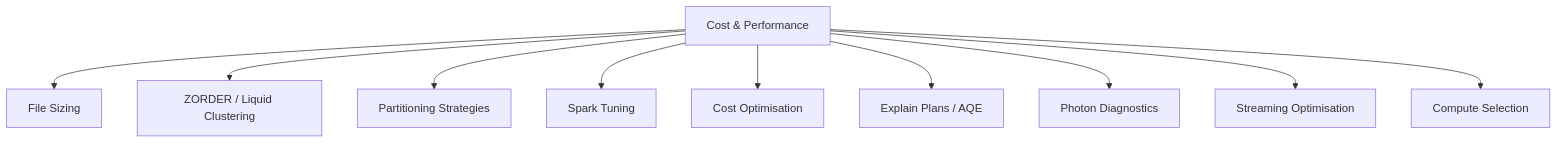
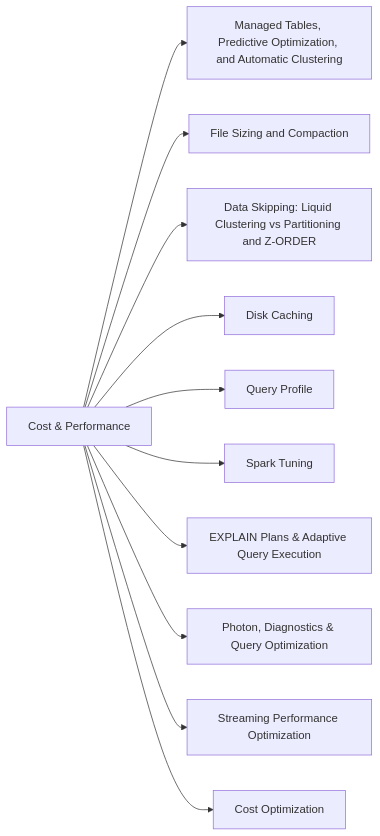
One commit to kengio/databricks-certification-study-guide changed the diagram in certifications/data-engineer-professional/05-cost-and-performance-optimization/README.md. Above: the diagram before and after it, drawn with Mermaid. The commit also changed other lines of this file and 108 other files, not shown here.

````diff
--- a/certifications/data-engineer-professional/05-cost-and-performance-optimization/README.md
+++ b/certifications/data-engineer-professional/05-cost-and-performance-optimization/README.md
@@ -17,12 +18,14 @@
 ```mermaid
-flowchart TD
-    CPO[Cost & Performance] --> FS[File Sizing]
-    CPO --> ZO[ZORDER / Liquid Clustering]
-    CPO --> Part[Partitioning Strategies]
-    CPO --> Spark[Spark Tuning]
-    CPO --> Cost[Cost Optimisation]
-    CPO --> EP[Explain Plans / AQE]
-    CPO --> Photon[Photon Diagnostics]
-    CPO --> SO[Streaming Optimisation]
-    CPO --> Comp[Compute Selection]
+flowchart LR
+    D[Cost & Performance]
+    D --> T1["Managed Tables, Predictive Optimization, and Automatic Clustering"]
+    D --> T2["File Sizing and Compaction"]
+    D --> T3["Data Skipping: Liquid Clustering vs Partitioning and Z-ORDER"]
+    D --> T4["Disk Caching"]
+    D --> T5["Query Profile"]
+    D --> T6["Spark Tuning"]
+    D --> T7["EXPLAIN Plans & Adaptive Query Execution"]
+    D --> T8["Photon, Diagnostics & Query Optimization"]
+    D --> T9["Streaming Performance Optimization"]
+    D --> T10["Cost Optimization"]
 ```
````
